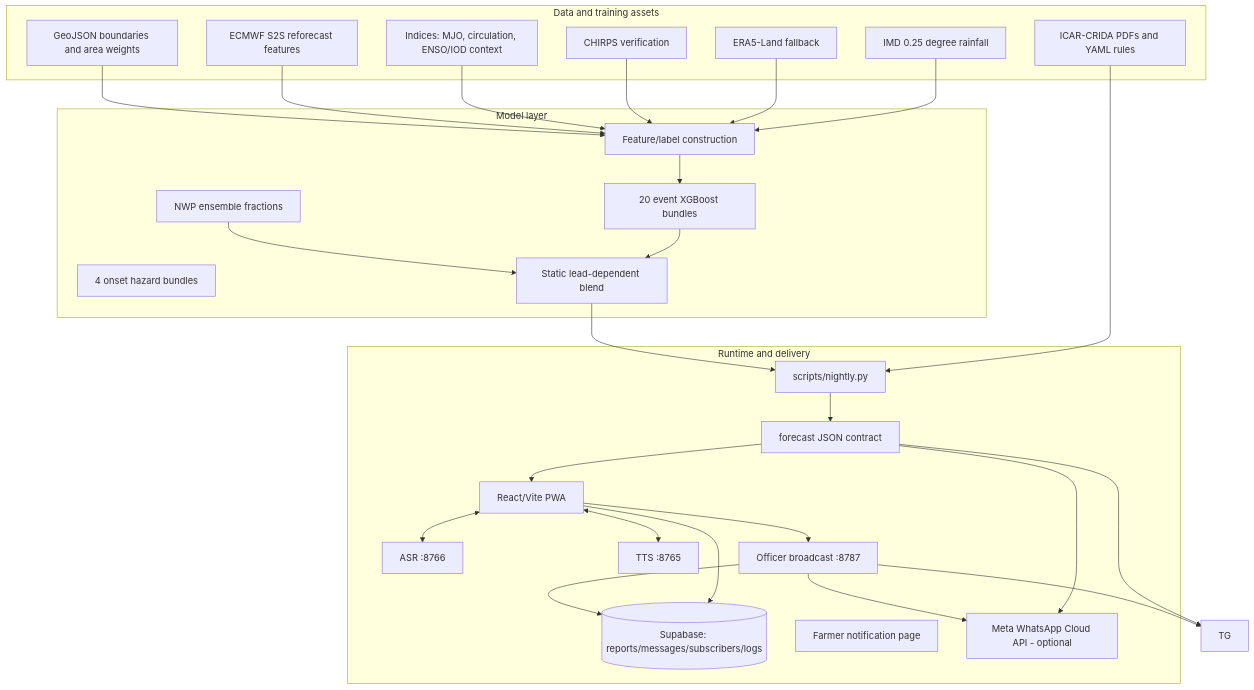
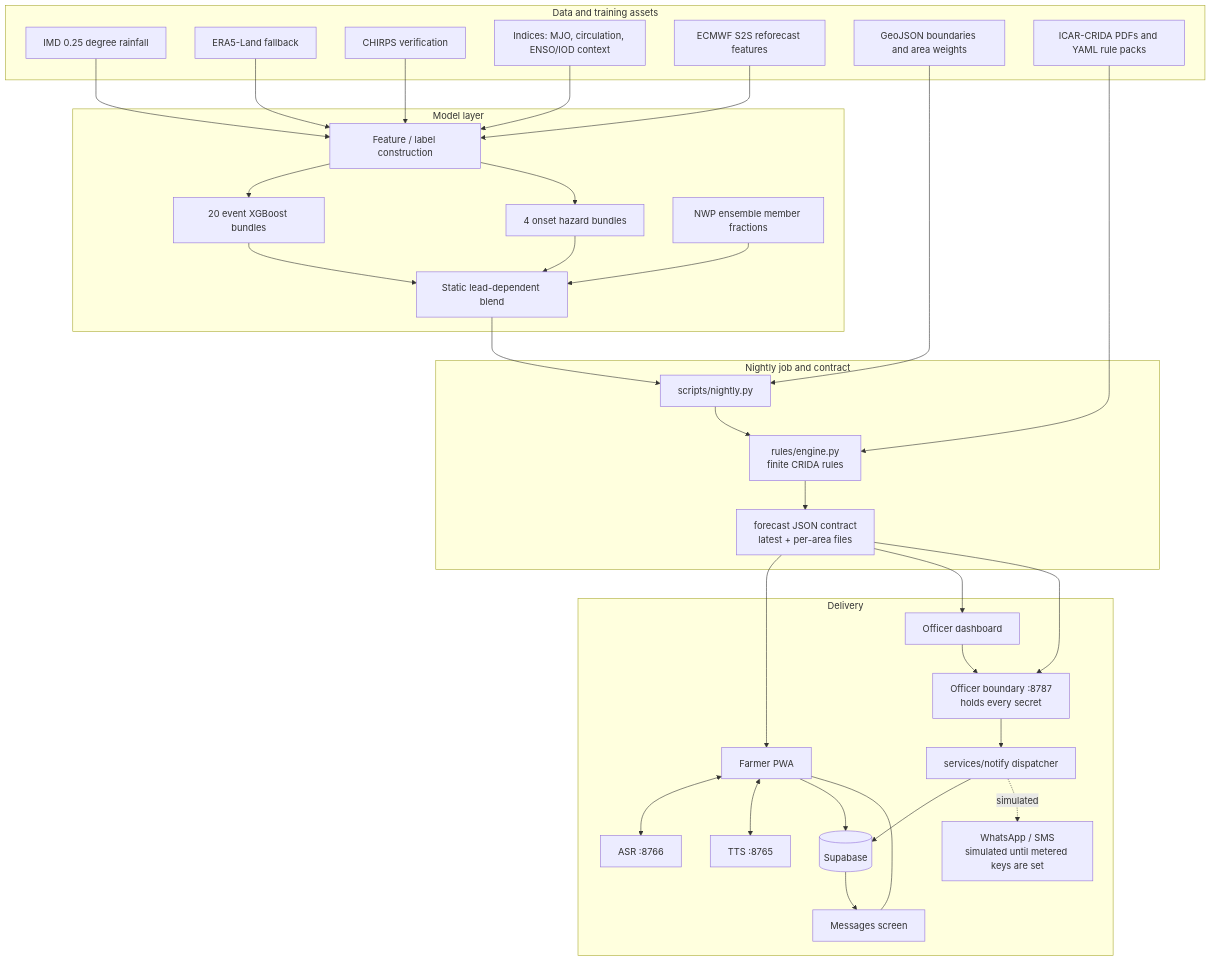
The second of 2 diagrams in README.md (Halcyonic-01/LastCommit), drawn with Mermaid before and after one commit. The commit also changed other lines of this file, not shown here.

````diff
--- a/README.md
+++ b/README.md
@@ -87,52 +91,67 @@
 ```mermaid
 flowchart TB
     subgraph Data[Data and training assets]
       IMD[IMD 0.25 degree rainfall]
       ERA[ERA5-Land fallback]
       CH[CHIRPS verification]
       IDX[Indices: MJO, circulation, ENSO/IOD context]
       ECM[ECMWF S2S reforecast features]
       GEO[GeoJSON boundaries and area weights]
-      CRIDA[ICAR-CRIDA PDFs and YAML rules]
+      CRIDA[ICAR-CRIDA PDFs and YAML rule packs]
     end
+
     subgraph ML[Model layer]
-      FE[Feature/label construction]
+      FE[Feature / label construction]
       XGB[20 event XGBoost bundles]
       HAZ[4 onset hazard bundles]
-      NWP[NWP ensemble fractions]
+      NWP[NWP ensemble member fractions]
       BL[Static lead-dependent blend]
     end
-    subgraph Runtime[Runtime and delivery]
+
+    subgraph Runtime[Nightly job and contract]
       NIGHT[scripts/nightly.py]
-      CONTRACT[forecast JSON contract]
-      WEB[React/Vite PWA]
-      SB[(Supabase: reports/messages/subscribers/logs)]
+      RULES[rules/engine.py<br/>finite CRIDA rules]
+      CONTRACT[forecast JSON contract<br/>latest + per-area files]
+    end
+
+    subgraph Delivery[Delivery]
+      WEB[Farmer PWA]
+      MSG[Messages screen]
+      OFF[Officer dashboard]
+      BROADCAST[Officer boundary :8787<br/>holds every secret]
+      DISP[services/notify dispatcher]
+      WA[WhatsApp / SMS<br/>simulated until metered keys are set]
       ASR[ASR :8766]
       TTS[TTS :8765]
-      BROADCAST[Officer broadcast :8787]
-      MSG[Farmer notification page]
-      WA[Meta WhatsApp Cloud API - optional]
+      SB[(Supabase)]
     end
+
     IMD --> FE
     ERA --> FE
     CH --> FE
     IDX --> FE
     ECM --> FE
-    GEO --> FE
-    CRIDA --> NIGHT
     FE --> XGB
+    FE --> HAZ
     XGB --> BL
+    HAZ --> BL
     NWP --> BL
     BL --> NIGHT
-    NIGHT --> CONTRACT
+    GEO --> NIGHT
+    CRIDA --> RULES
+    NIGHT --> RULES
+    RULES --> CONTRACT
+
     CONTRACT --> WEB
-    CONTRACT --> TG
-    CONTRACT --> WA
+    CONTRACT --> OFF
+    CONTRACT --> BROADCAST
     WEB <--> ASR
     WEB <--> TTS
     WEB --> SB
-    WEB --> BROADCAST
-    BROADCAST --> SB
-    BROADCAST --> TG
-    BROADCAST --> WA
+    OFF --> BROADCAST
+    BROADCAST --> DISP
+    DISP --> SB
+    DISP -.simulated.-> WA
+    SB --> MSG
+    MSG --- WEB
 ```
````
